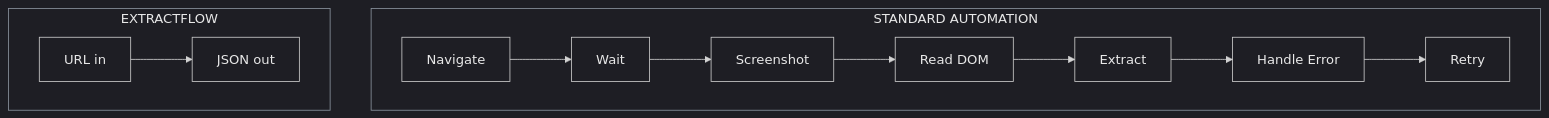
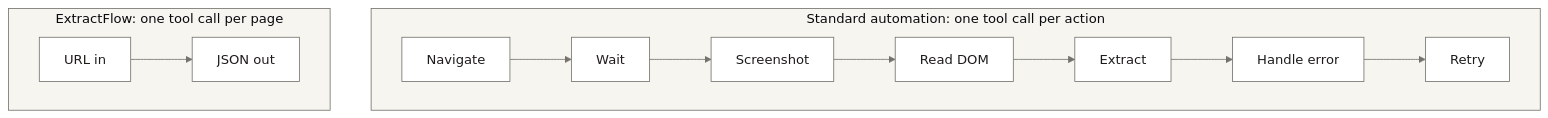
Before and after one commit to sellersessions/extract-flow: the first of 4 diagrams in README.md, drawn with Mermaid. The commit also changed other lines of this file and 14 other files, not shown here.

````diff
--- a/README.md
+++ b/README.md
@@ -53,31 +78,28 @@
 ```mermaid
-%%{init: {'theme': 'dark', 'themeVariables': {'nodeTextColor': '#e8e8e8', 'primaryTextColor': '#e8e8e8', 'secondaryTextColor': '#cccccc', 'tertiaryTextColor': '#cccccc', 'clusterBkg': 'transparent', 'clusterBorder': '#8b949e'}}}%%
-
-flowchart TD
-    subgraph STANDARD[" STANDARD AUTOMATION "]
+%%{init: {'theme': 'base', 'themeVariables': {'primaryColor': '#ffffff', 'primaryTextColor': '#1d1c1a', 'primaryBorderColor': '#74726a', 'lineColor': '#74726a', 'secondaryColor': '#f6f5f0', 'tertiaryColor': '#f6f5f0', 'clusterBkg': '#f6f5f0', 'clusterBorder': '#74726a'}}}%%
+graph TD
+    subgraph STANDARD["Standard automation: one tool call per action"]
         direction LR
         S1["Navigate"] --> S2["Wait"]
         S2 --> S3["Screenshot"]
         S3 --> S4["Read DOM"]
         S4 --> S5["Extract"]
-        S5 --> S6["Handle Error"]
+        S5 --> S6["Handle error"]
         S6 --> S7["Retry"]
     end
 
-    subgraph AGENTIC[" EXTRACTFLOW "]
+    subgraph AGENTIC["ExtractFlow: one tool call per page"]
         direction LR
         A1["URL in"] --> A2["JSON out"]
     end
 
-    style S1 fill:none,stroke-width:1px,color:#e8e8e8
-    style S2 fill:none,stroke-width:1px,color:#e8e8e8
-    style S3 fill:none,stroke-width:1px,color:#e8e8e8
-    style S4 fill:none,stroke-width:1px,color:#e8e8e8
-    style S5 fill:none,stroke-width:1px,color:#e8e8e8
-    style S6 fill:none,stroke-width:1px,color:#e8e8e8
-    style S7 fill:none,stroke-width:1px,color:#e8e8e8
-    style A1 fill:none,stroke-width:1px,color:#e8e8e8
-    style A2 fill:none,stroke-width:1px,color:#e8e8e8
-    style STANDARD fill:none,stroke-width:1px,color:#e8e8e8
-    style AGENTIC fill:none,stroke-width:1px,color:#e8e8e8
+    style S1 fill:#ffffff,stroke:#74726a,stroke-width:1px,color:#1d1c1a
+    style S2 fill:#ffffff,stroke:#74726a,stroke-width:1px,color:#1d1c1a
+    style S3 fill:#ffffff,stroke:#74726a,stroke-width:1px,color:#1d1c1a
+    style S4 fill:#ffffff,stroke:#74726a,stroke-width:1px,color:#1d1c1a
+    style S5 fill:#ffffff,stroke:#74726a,stroke-width:1px,color:#1d1c1a
+    style S6 fill:#ffffff,stroke:#74726a,stroke-width:1px,color:#1d1c1a
+    style S7 fill:#ffffff,stroke:#74726a,stroke-width:1px,color:#1d1c1a
+    style A1 fill:#ffffff,stroke:#74726a,stroke-width:1px,color:#1d1c1a
+    style A2 fill:#ffffff,stroke:#74726a,stroke-width:1px,color:#1d1c1a
 ```
````
